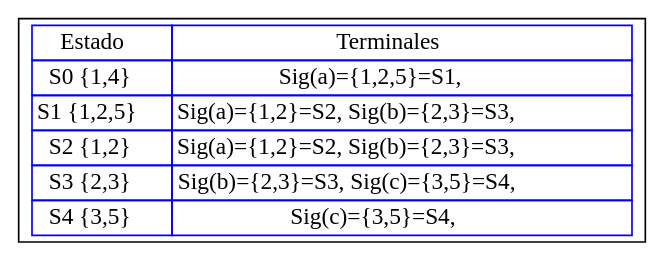
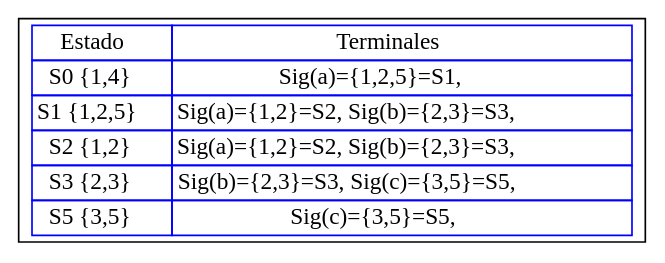
Before and after one commit to Racs0XD/-OLC1-Proyecto1_201603028: the diagram in Py1_201603028/build/classes/TRANSICIONES_201603028/E2.dot, drawn with Graphviz. The commit also changed 68 other files, not shown here.

```diff
--- a/Py1_201603028/build/classes/TRANSICIONES_201603028/E2.dot
+++ b/Py1_201603028/build/classes/TRANSICIONES_201603028/E2.dot
@@ -1,21 +1,21 @@
 digraph G{
 rankdir=UD
 node[shape=box]
 concentrate=true
 nodo0 [ label =<<table border='0' cellborder='1' color='blue' cellspacing='0'>
 <tr><td>Estado</td><td>Terminales</td></tr>
 
 <tr><td>S0 {1,4}</td><td>Sig(a)={1,2,5}=S1, </td></tr>
 
 <tr><td>S1 {1,2,5}</td><td>Sig(a)={1,2}=S2, Sig(b)={2,3}=S3, </td></tr>
 
 <tr><td>S2 {1,2}</td><td>Sig(a)={1,2}=S2, Sig(b)={2,3}=S3, </td></tr>
 
-<tr><td>S3 {2,3}</td><td>Sig(b)={2,3}=S3, Sig(c)={3,5}=S4, </td></tr>
+<tr><td>S3 {2,3}</td><td>Sig(b)={2,3}=S3, Sig(c)={3,5}=S5, </td></tr>
 
-<tr><td>S4 {3,5}</td><td>Sig(c)={3,5}=S4, </td></tr>
+<tr><td>S5 {3,5}</td><td>Sig(c)={3,5}=S5, </td></tr>
 
 </table>
 >];
 
 }
```
